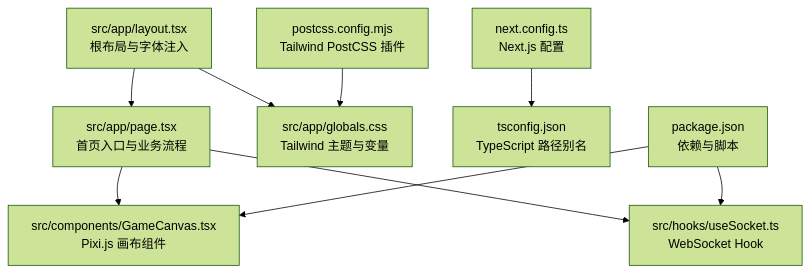
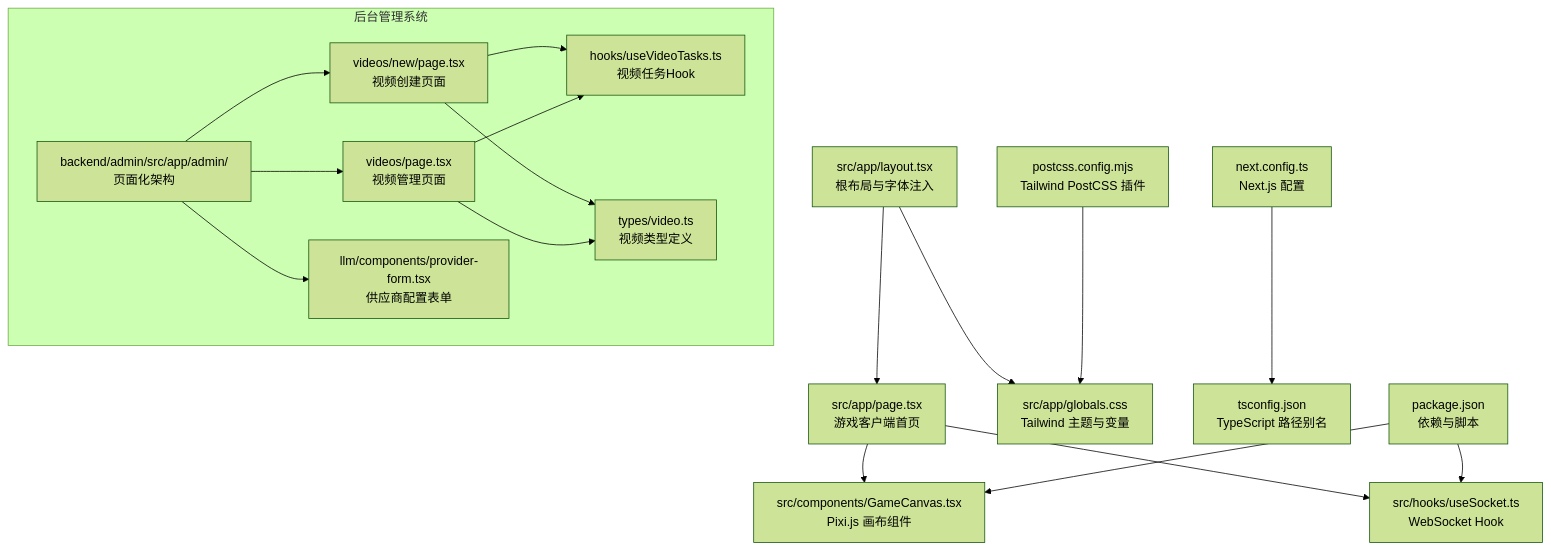
The first of 14 diagrams in .qoder/repowiki/zh/content/前端开发指南/前端开发指南.md (KunLabAI/KunFlix), drawn with Mermaid (forest theme) before and after one commit. The commit also changed other lines of this file and 10 other files, not shown here.

First line of the commit message:
feat(video-provider): 新增多供应商适配器架构与任务删除功能

````diff
--- a/.qoder/repowiki/zh/content/前端开发指南/前端开发指南.md
+++ b/.qoder/repowiki/zh/content/前端开发指南/前端开发指南.md
@@ -38,11 +65,26 @@
 ```mermaid
 graph TB
-A["src/app/layout.tsx<br/>根布局与字体注入"] --> B["src/app/page.tsx<br/>首页入口与业务流程"]
+A["src/app/layout.tsx<br/>根布局与字体注入"] --> B["src/app/page.tsx<br/>游戏客户端首页"]
 B --> C["src/components/GameCanvas.tsx<br/>Pixi.js 画布组件"]
 B --> D["src/hooks/useSocket.ts<br/>WebSocket Hook"]
 A --> E["src/app/globals.css<br/>Tailwind 主题与变量"]
 F["next.config.ts<br/>Next.js 配置"] --> G["tsconfig.json<br/>TypeScript 路径别名"]
 H["postcss.config.mjs<br/>Tailwind PostCSS 插件"] --> E
 I["package.json<br/>依赖与脚本"] --> C
 I --> D
+subgraph "后台管理系统"
+J["backend/admin/src/app/admin/<br/>页面化架构"]
+K["videos/new/page.tsx<br/>视频创建页面"]
+L["videos/page.tsx<br/>视频管理页面"]
+M["llm/components/provider-form.tsx<br/>供应商配置表单"]
+N["types/video.ts<br/>视频类型定义"]
+O["hooks/useVideoTasks.ts<br/>视频任务Hook"]
+end
+J --> K
+J --> L
+J --> M
+K --> O
+L --> O
+K --> N
+L --> N
 ```
````
